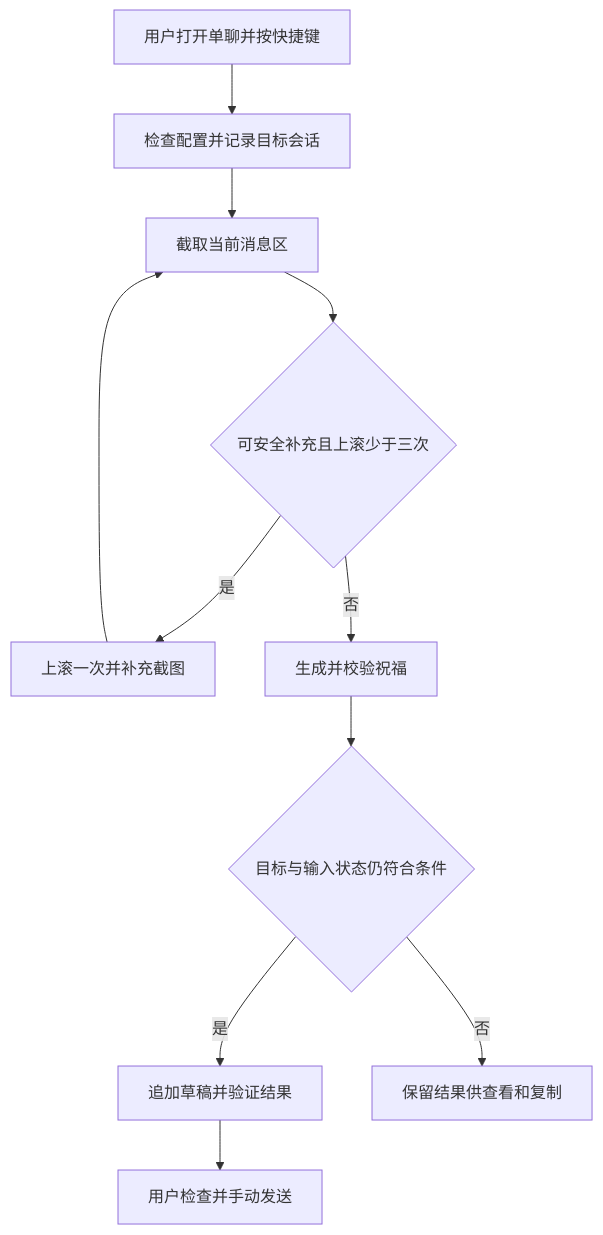
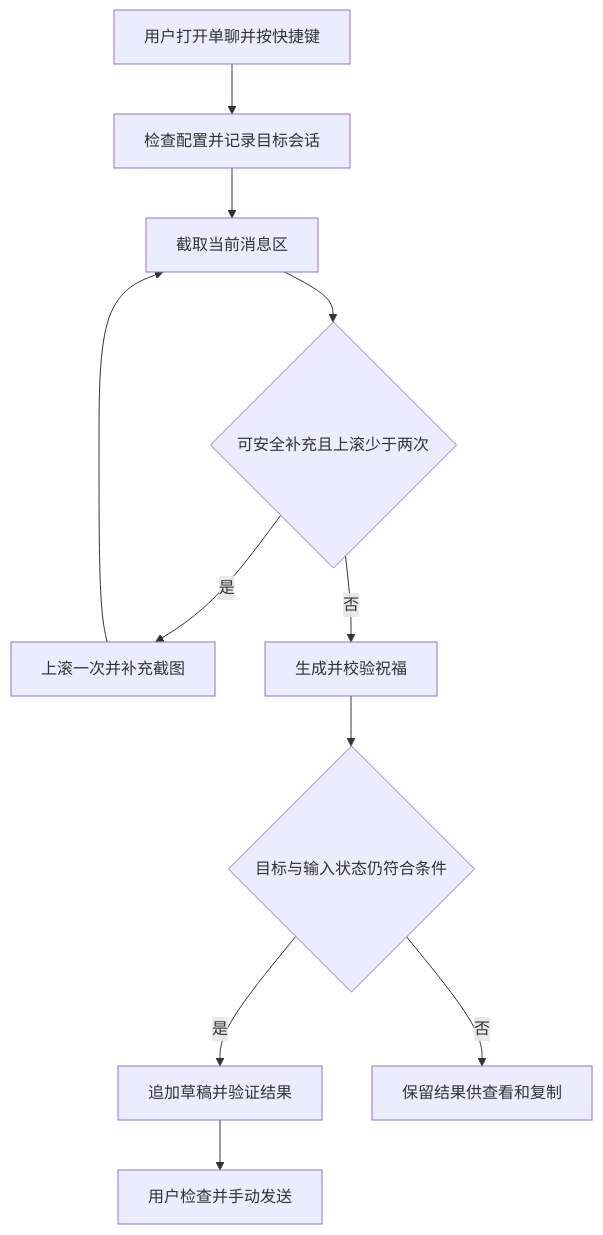
The diagram in docs/requirements.md (kpfan/wechat_draft), drawn with Mermaid before and after one commit. The commit also changed other lines of this file and 26 other files, not shown here.

````diff
--- a/docs/requirements.md
+++ b/docs/requirements.md
@@ -65,13 +65,13 @@
 ```mermaid
 flowchart TD
     A[用户打开单聊并按快捷键] --> B[检查配置并记录目标会话]
     B --> C[截取当前消息区]
-    C --> D{可安全补充且上滚少于三次}
+    C --> D{可安全补充且上滚少于两次}
     D -->|是| E[上滚一次并补充截图]
     E --> C
     D -->|否| F[生成并校验祝福]
     F --> G{目标与输入状态仍符合条件}
     G -->|是| H[追加草稿并验证结果]
     G -->|否| I[保留结果供查看和复制]
     H --> J[用户检查并手动发送]
 ```
````
